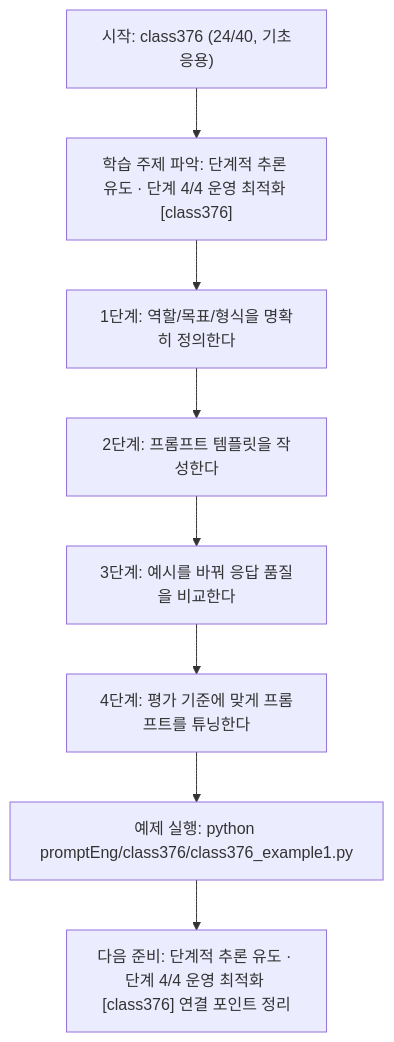
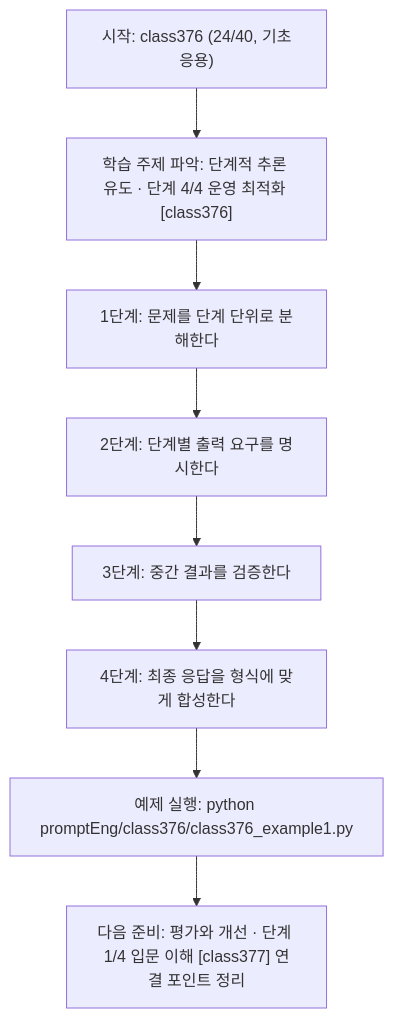
Before and after one commit to edumgt/Python-AI_Agent-Class: the diagram in promptEng/class376/class376.md, drawn with Mermaid. The commit also changed other lines of this file and 283 other files, not shown here.

````diff
--- a/promptEng/class376/class376.md
+++ b/promptEng/class376/class376.md
@@ -110,18 +91,18 @@
 ```mermaid
 flowchart TD
 N1["시작: class376 (24/40, 기초응용)"]
 N2["학습 주제 파악: 단계적 추론 유도 · 단계 4/4 운영 최적화 [class376]"]
-N3["1단계: 역할/목표/형식을 명확히 정의한다"]
-N4["2단계: 프롬프트 템플릿을 작성한다"]
-N5["3단계: 예시를 바꿔 응답 품질을 비교한다"]
-N6["4단계: 평가 기준에 맞게 프롬프트를 튜닝한다"]
+N3["1단계: 문제를 단계 단위로 분해한다"]
+N4["2단계: 단계별 출력 요구를 명시한다"]
+N5["3단계: 중간 결과를 검증한다"]
+N6["4단계: 최종 응답을 형식에 맞게 합성한다"]
 N7["예제 실행: python promptEng/class376/class376_example1.py"]
-N8["다음 준비: 단계적 추론 유도 · 단계 4/4 운영 최적화 [class376] 연결 포인트 정리"]
+N8["다음 준비: 평가와 개선 · 단계 1/4 입문 이해 [class377] 연결 포인트 정리"]
 N1 --> N2
 N2 --> N3
 N3 --> N4
 N4 --> N5
 N5 --> N6
 N6 --> N7
 N7 --> N8
 ```
````
